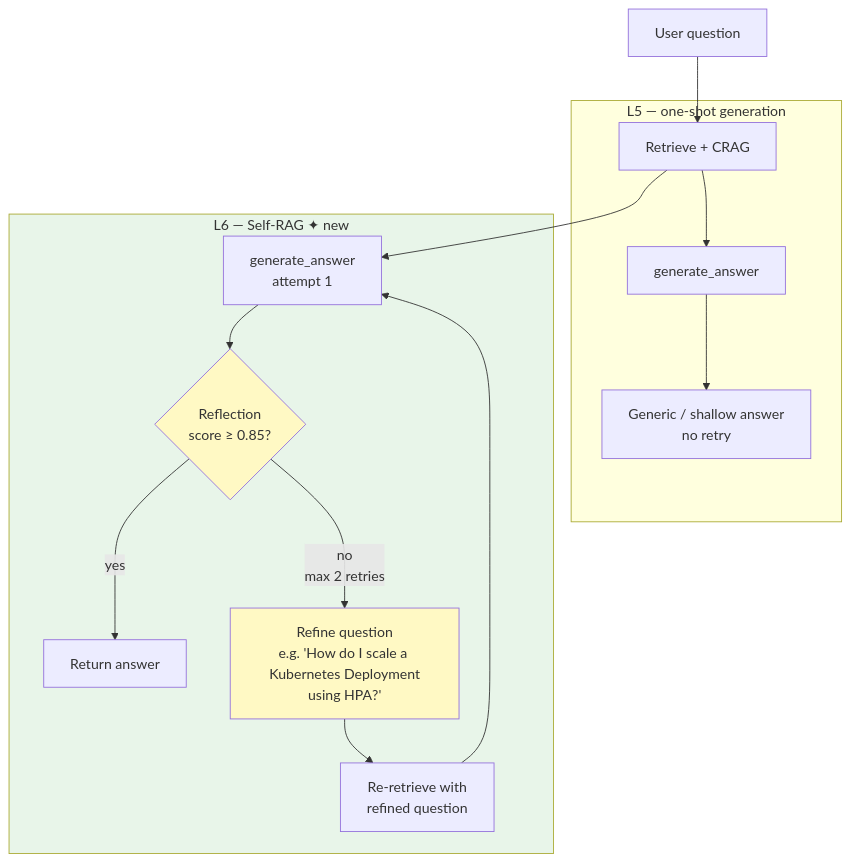
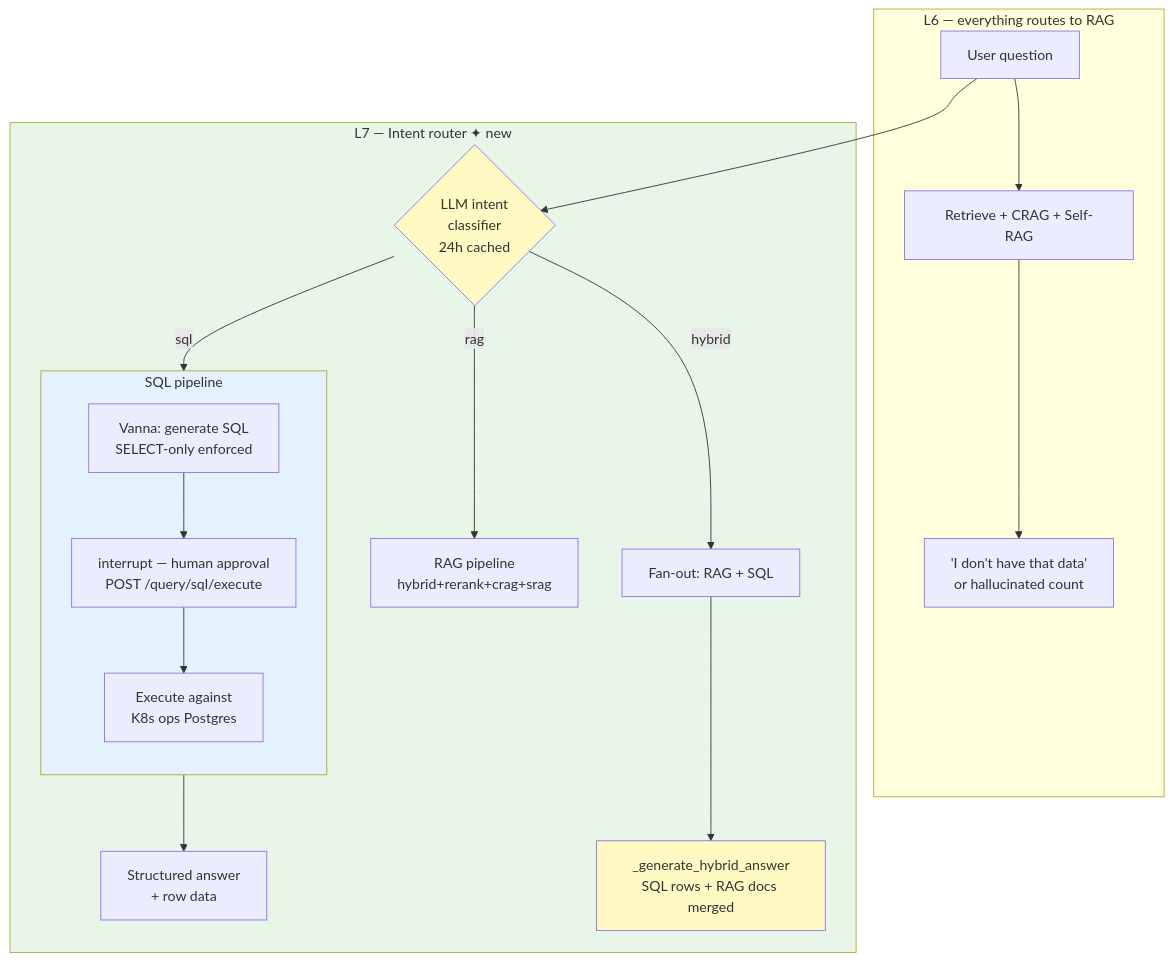
Before and after one commit to yashprogrammer/Adv_rag: the diagram in LESSON.md, drawn with Mermaid. The commit also changed other lines of this file and 8 other files, not shown here.

````diff
--- a/LESSON.md
+++ b/LESSON.md
@@ -16,24 +16,32 @@
 ```mermaid
 flowchart TD
     Q[User question]
-    R[Retrieve + CRAG]
-    Q --> R
 
-    subgraph Before["L5 — one-shot generation"]
-        R --> GEN5[generate_answer]
-        GEN5 --> A5["Generic / shallow answer\nno retry"]
+    subgraph Before["L6 — everything routes to RAG"]
+        Q --> RAG6[Retrieve + CRAG + Self-RAG]
+        RAG6 --> A6["'I don't have that data'\nor hallucinated count"]
     end
 
-    subgraph After["L6 — Self-RAG ✦ new"]
-        R --> GEN6[generate_answer\nattempt 1]
-        GEN6 --> REF{Reflection\nscore ≥ 0.85?}
-        REF -->|yes| DONE[Return answer]
-        REF -->|no\nmax 2 retries| REFQ[Refine question\ne.g. 'How do I scale a Kubernetes Deployment\nusing HPA?']
-        REFQ --> R2[Re-retrieve with\nrefined question]
-        R2 --> GEN6
+    subgraph After["L7 — Intent router ✦ new"]
+        Q --> ROUTER{LLM intent\nclassifier\n24h cached}
+        ROUTER -->|rag| RAG7[RAG pipeline\nhybrid+rerank+crag+srag]
+        ROUTER -->|sql| SQL7[SQL pipeline]
+        ROUTER -->|hybrid| BOTH7[Fan-out: RAG + SQL]
+
+        subgraph SQL7["SQL pipeline"]
+            direction TB
+            GEN[Vanna: generate SQL\nSELECT-only enforced]
+            INTR[interrupt — human approval\nPOST /query/sql/execute]
+            EXEC[Execute against\nK8s ops Postgres]
+            GEN --> INTR --> EXEC
+        end
+
+        SQL7 --> A7[Structured answer\n+ row data]
+        BOTH7 --> MERGE[_generate_hybrid_answer\nSQL rows + RAG docs merged]
     end
 
     style After fill:#e8f5e9
-    style REF fill:#fff9c4
-    style REFQ fill:#fff9c4
+    style ROUTER fill:#fff9c4
+    style SQL7 fill:#e3f2fd
+    style MERGE fill:#fff9c4
 ```
````
